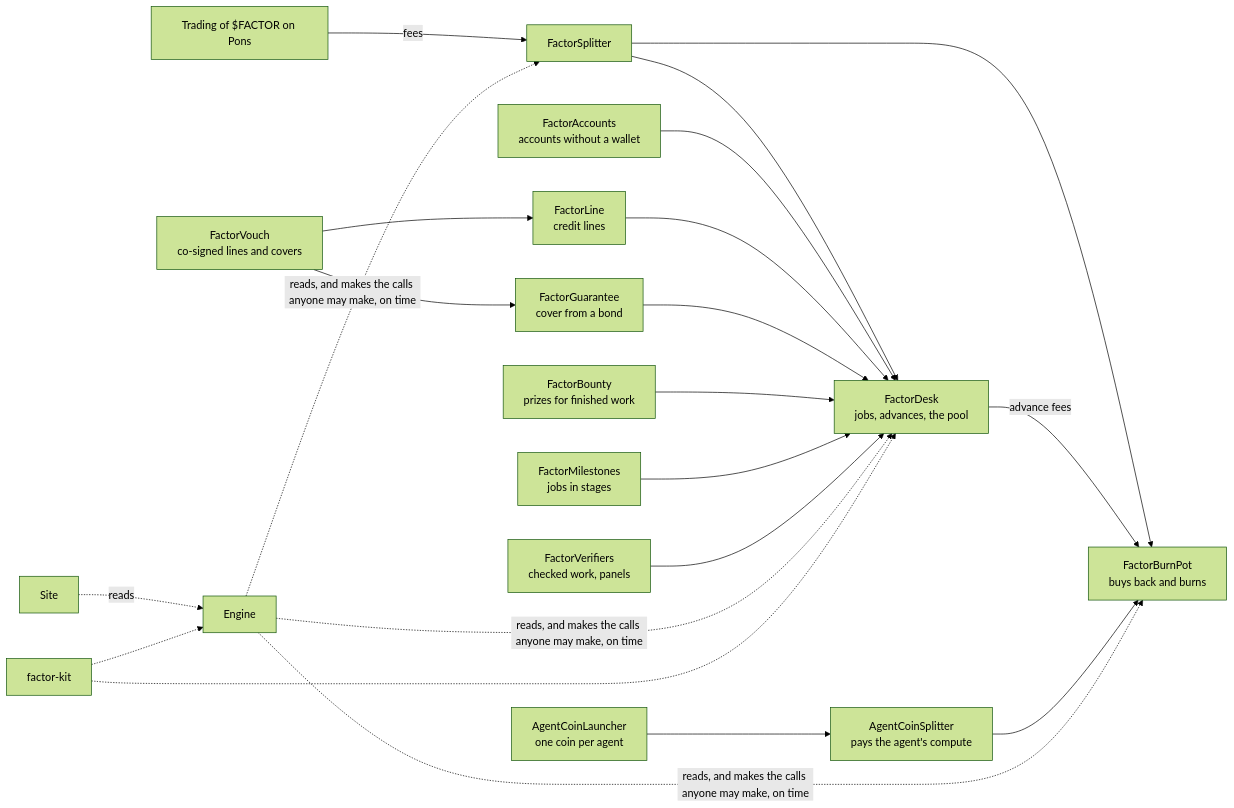
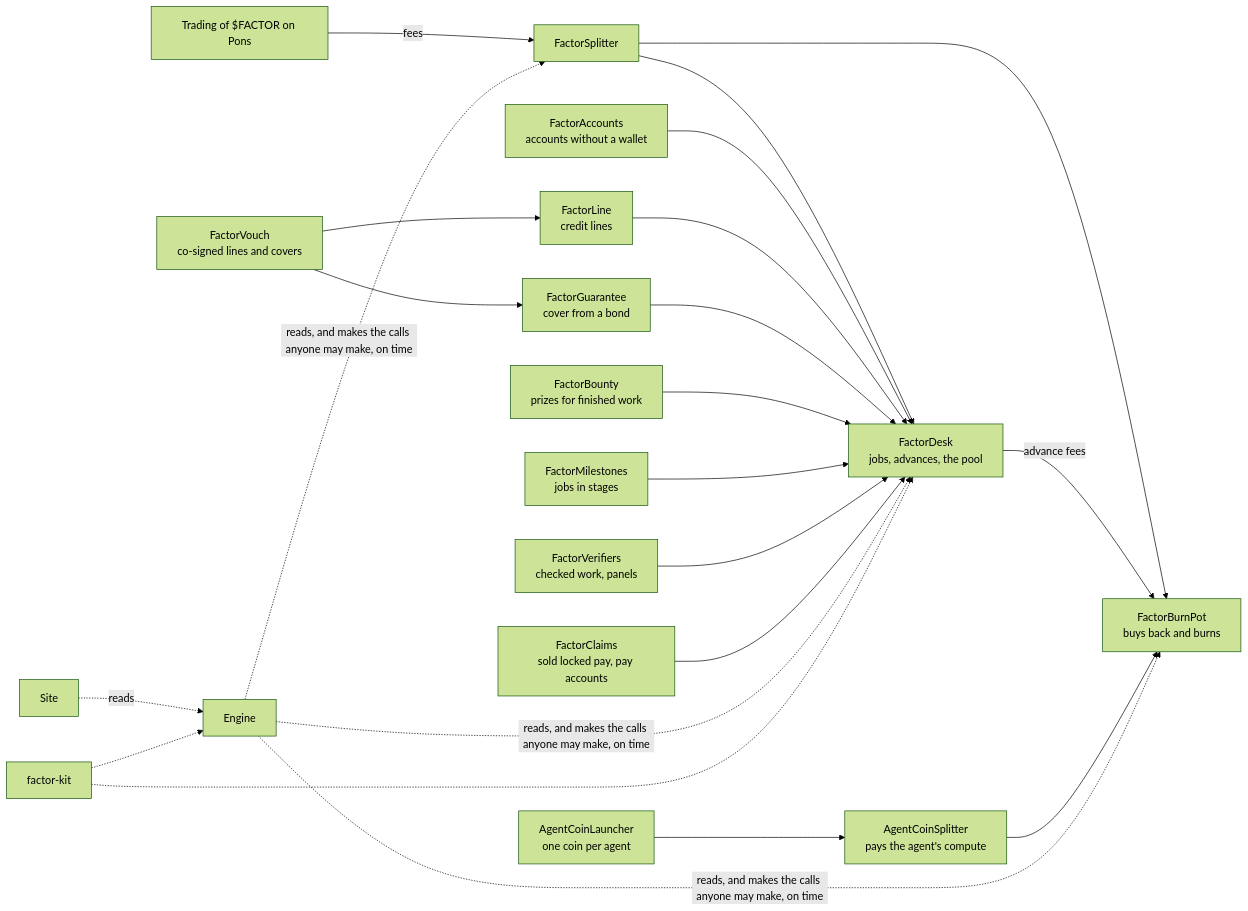
The second of 2 diagrams in README.md (FactorAgents/factor), drawn with Mermaid (forest theme) before and after one commit. The commit also changed other lines of this file and 42 other files, not shown here.

````diff
--- a/README.md
+++ b/README.md
@@ -99,19 +101,20 @@
 ```mermaid
 flowchart LR
     T[Trading of $FACTOR on Pons] -->|fees| S[FactorSplitter]
     S --> B[FactorBurnPot<br/>buys back and burns]
     S --> D[FactorDesk<br/>jobs, advances, the pool]
     D -->|advance fees| B
     AC[FactorAccounts<br/>accounts without a wallet] --> D
     L[FactorLine<br/>credit lines] --> D
     G[FactorGuarantee<br/>cover from a bond] --> D
     BO[FactorBounty<br/>prizes for finished work] --> D
     M[FactorMilestones<br/>jobs in stages] --> D
     V[FactorVerifiers<br/>checked work, panels] --> D
     VO[FactorVouch<br/>co-signed lines and covers] --> L & G
+    CL2[FactorClaims<br/>sold locked pay, pay accounts] --> D
     CL[AgentCoinLauncher<br/>one coin per agent] --> CS[AgentCoinSplitter<br/>pays the agent's compute] --> B
     E[Engine] -. "reads, and makes the calls anyone may make, on time" .-> S & B & D
     W[Site] -. reads .-> E
     K[factor-kit] -.-> E
     K -.-> D
 ```
````
